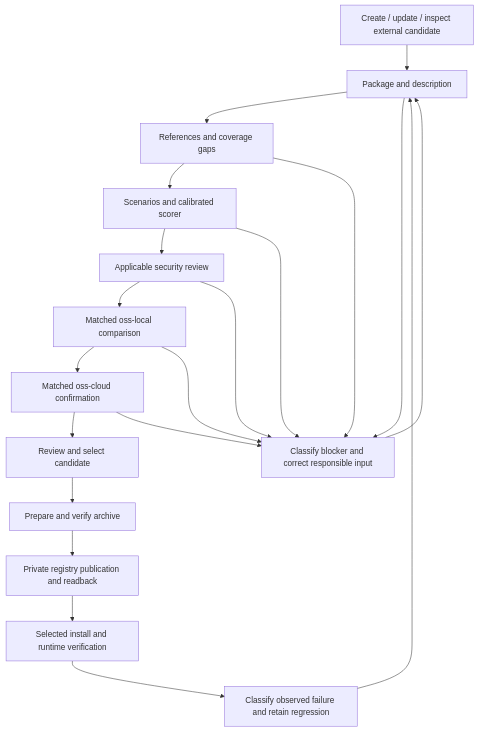
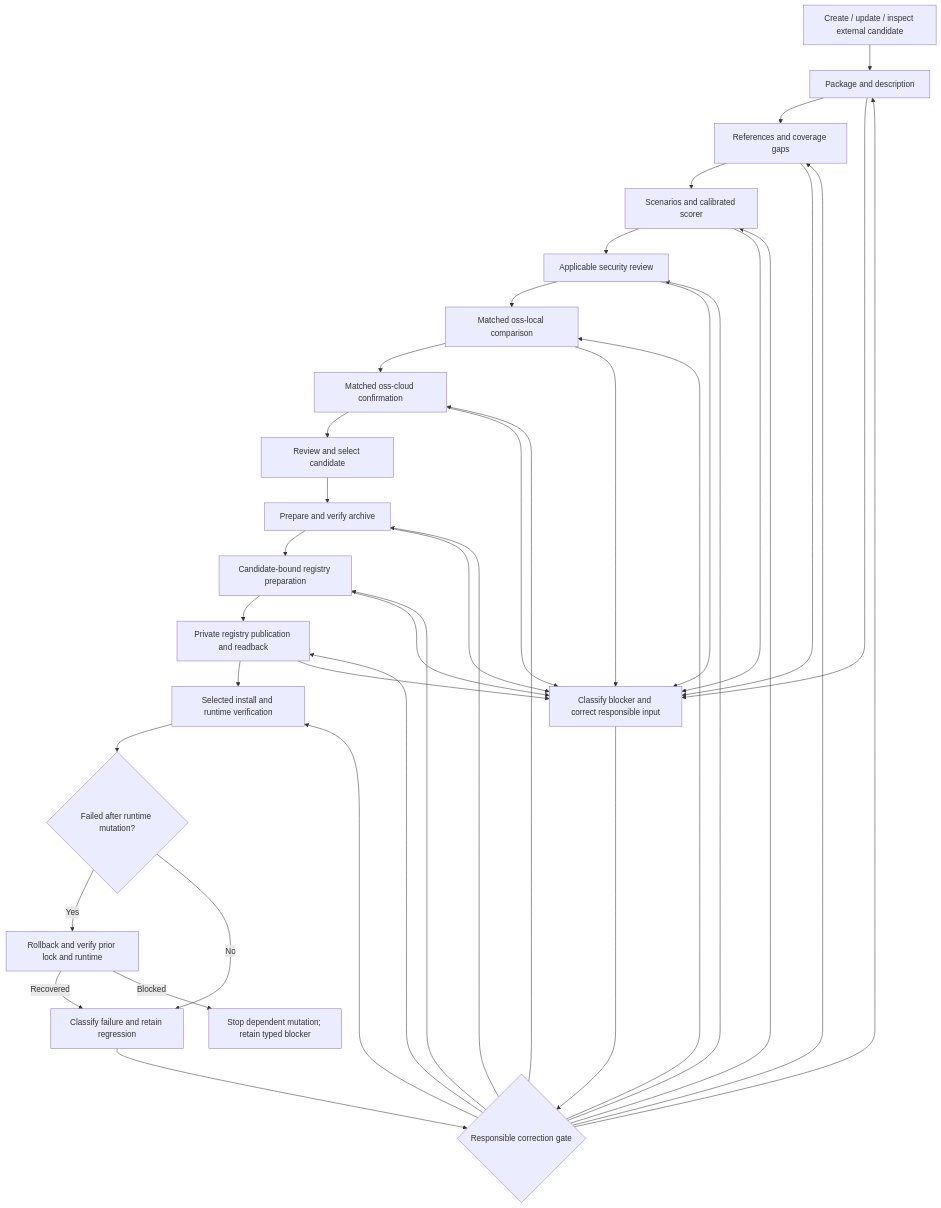
The diagram in docs/workflow.md (jscraik/skills-sdk), drawn with Mermaid before and after one commit. The commit also changed other lines of this file and 1 other file, not shown here.

Commit message:
docs(workflow): preserve gate-specific recovery boundaries
Permit pre-identity typed blockers, require registry preparation before publication, resume corrections at their responsible gate, and require verified rollback after failed runtime mutation. Record the runnable help command and separate hosted state.

Behavior Proof: compared workflow guidance with current validation, registry-preparation and rollback contracts. Documentation routes no longer require fabricated identity or unconditional package restarts. No live mutation was executed.

Validation: bash scripts/validate-repository.sh -> pass (1977 passed, 1 skipped; schemas, style, build, installed smoke, diff check). bash scripts/validate-codestyle.sh -> pass after final proof-record update. git diff --cached --check -> pass.

````diff
--- a/docs/workflow.md
+++ b/docs/workflow.md
@@ -24,22 +24,40 @@
 ```mermaid
 flowchart TD
   R[Create / update / inspect external candidate] --> P[Package and description]
   P --> F[References and coverage gaps]
   F --> E[Scenarios and calibrated scorer]
   E --> S[Applicable security review]
   S --> L[Matched oss-local comparison]
   L --> C[Matched oss-cloud confirmation]
   C --> D[Review and select candidate]
   D --> A[Prepare and verify archive]
-  A --> T[Private registry publication and readback]
+  A --> G[Candidate-bound registry preparation]
+  G --> T[Private registry publication and readback]
   T --> I[Selected install and runtime verification]
   P --> X[Classify blocker and correct responsible input]
   F --> X
   E --> X
   S --> X
   L --> X
   C --> X
-  X --> P
-  I --> B[Classify observed failure and retain regression]
-  B --> P
+  A --> X
+  G --> X
+  T --> X
+  X --> Y{Responsible correction gate}
+  Y --> P
+  Y --> F
+  Y --> E
+  Y --> S
+  Y --> L
+  Y --> C
+  Y --> A
+  Y --> G
+  Y --> T
+  Y --> I
+  I --> W{Failed after runtime mutation?}
+  W -->|Yes| V[Rollback and verify prior lock and runtime]
+  V -->|Recovered| B[Classify failure and retain regression]
+  V -->|Blocked| Z[Stop dependent mutation; retain typed blocker]
+  W -->|No| B
+  B --> Y
 ```
````
